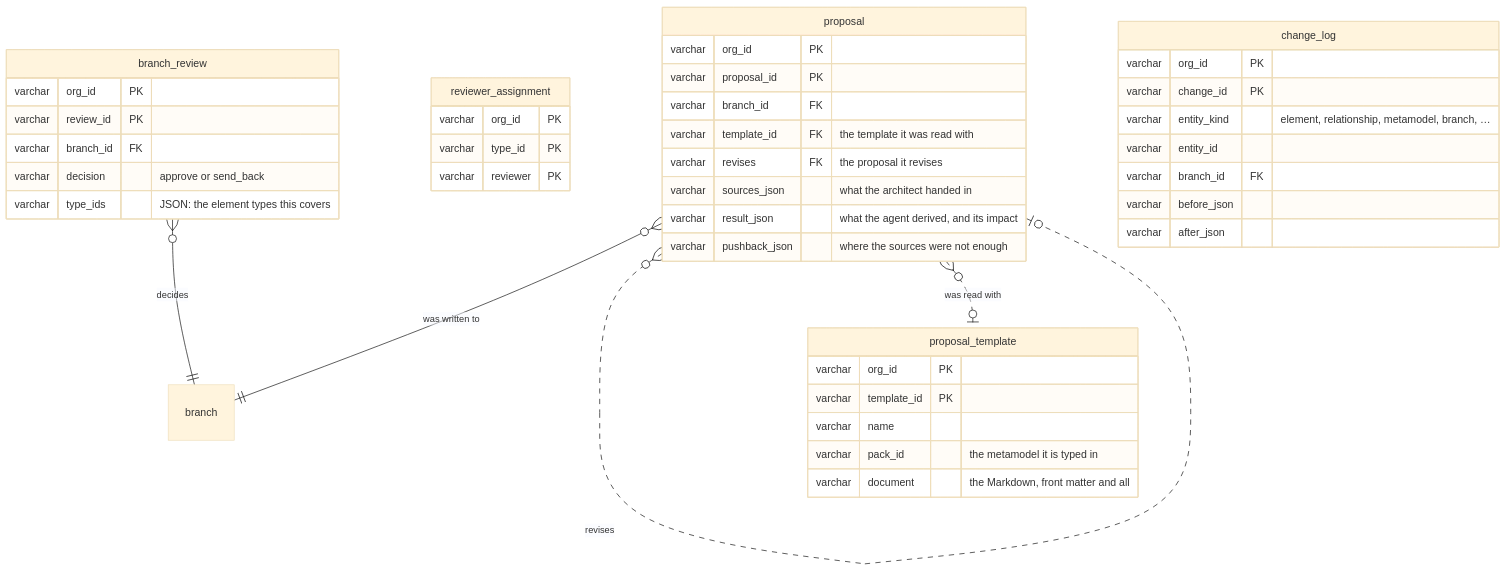
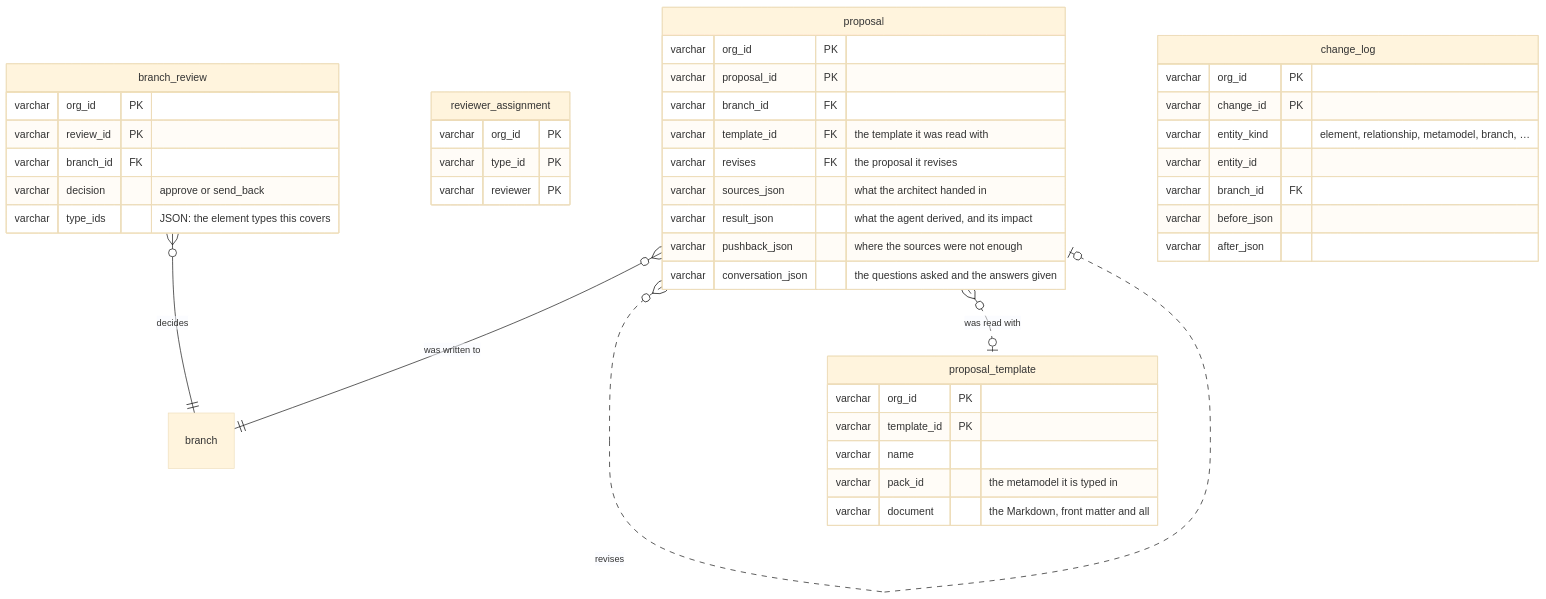
The seventh of 8 diagrams in architecture/3_information/3_logical-data-model.md (roanboc/dbx-enterprise-architecture), drawn with Mermaid (base theme) before and after one commit. The commit also changed other lines of this file and 8 other files, not shown here.

First line of the commit message:
docs(architecture): initiative 23 drafted for Understanding — proposals refined in conversation

````diff
--- a/architecture/3_information/3_logical-data-model.md
+++ b/architecture/3_information/3_logical-data-model.md
@@ -304,45 +304,46 @@
 ```mermaid
 erDiagram
   branch_review {
     varchar org_id PK
     varchar review_id PK
     varchar branch_id FK
     varchar decision "approve or send_back"
     varchar type_ids "JSON: the element types this covers"
   }
   reviewer_assignment {
     varchar org_id PK
     varchar type_id PK
     varchar reviewer PK
   }
   proposal {
     varchar org_id PK
     varchar proposal_id PK
     varchar branch_id FK
     varchar template_id FK "the template it was read with"
     varchar revises FK "the proposal it revises"
     varchar sources_json "what the architect handed in"
     varchar result_json "what the agent derived, and its impact"
     varchar pushback_json "where the sources were not enough"
+    varchar conversation_json "the questions asked and the answers given"
   }
   proposal_template {
     varchar org_id PK
     varchar template_id PK
     varchar name
     varchar pack_id "the metamodel it is typed in"
     varchar document "the Markdown, front matter and all"
   }
   change_log {
     varchar org_id PK
     varchar change_id PK
     varchar entity_kind "element, relationship, metamodel, branch, …"
     varchar entity_id
     varchar branch_id FK
     varchar before_json
     varchar after_json
   }
   branch_review }o--|| branch : "decides"
   proposal }o--|| branch : "was written to"
   proposal }o..o| proposal : "revises"
   proposal }o..o| proposal_template : "was read with"
 ```
````
